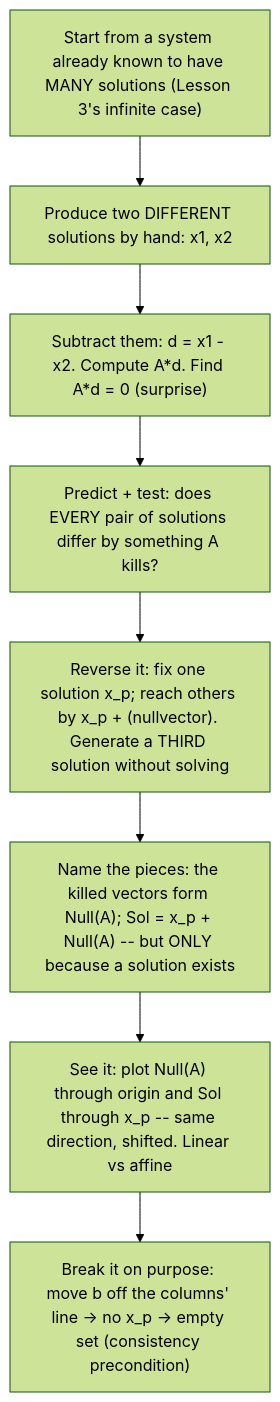
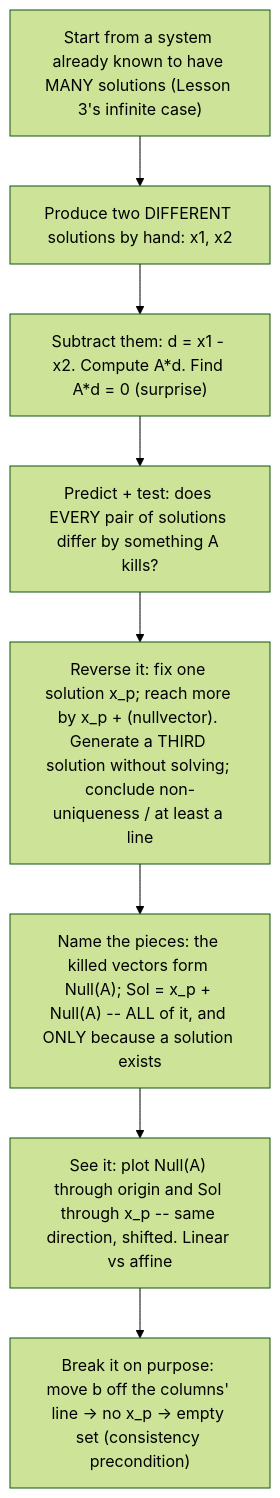
One commit to chess6/technical-learning changed the diagram in docs/insight-brief-solution-sets.md. Above: the diagram before and after it, drawn with Mermaid (forest theme). The commit also changed other lines of this file, not shown here.

Commit message:
Fix null-difference overclaim, slim leads, develop packages, add P3 abstraction return

````diff
--- a/docs/insight-brief-solution-sets.md
+++ b/docs/insight-brief-solution-sets.md
@@ -448,10 +463,10 @@
 ```mermaid
 flowchart TD
   A["Start from a system already known to have MANY solutions (Lesson 3's infinite case)"] --> B["Produce two DIFFERENT solutions by hand: x1, x2"]
   B --> C["Subtract them: d = x1 - x2. Compute A*d. Find A*d = 0 (surprise)"]
   C --> D["Predict + test: does EVERY pair of solutions differ by something A kills?"]
-  D --> E["Reverse it: fix one solution x_p; reach others by x_p + (nullvector). Generate a THIRD solution without solving"]
-  E --> F["Name the pieces: the killed vectors form Null(A); Sol = x_p + Null(A) -- but ONLY because a solution exists"]
+  D --> E["Reverse it: fix one solution x_p; reach more by x_p + (nullvector). Generate a THIRD solution without solving; conclude non-uniqueness / at least a line"]
+  E --> F["Name the pieces: the killed vectors form Null(A); Sol = x_p + Null(A) -- ALL of it, and ONLY because a solution exists"]
   F --> G["See it: plot Null(A) through origin and Sol through x_p -- same direction, shifted. Linear vs affine"]
   G --> H["Break it on purpose: move b off the columns' line -> no x_p -> empty set (consistency precondition)"]
 ```
````
